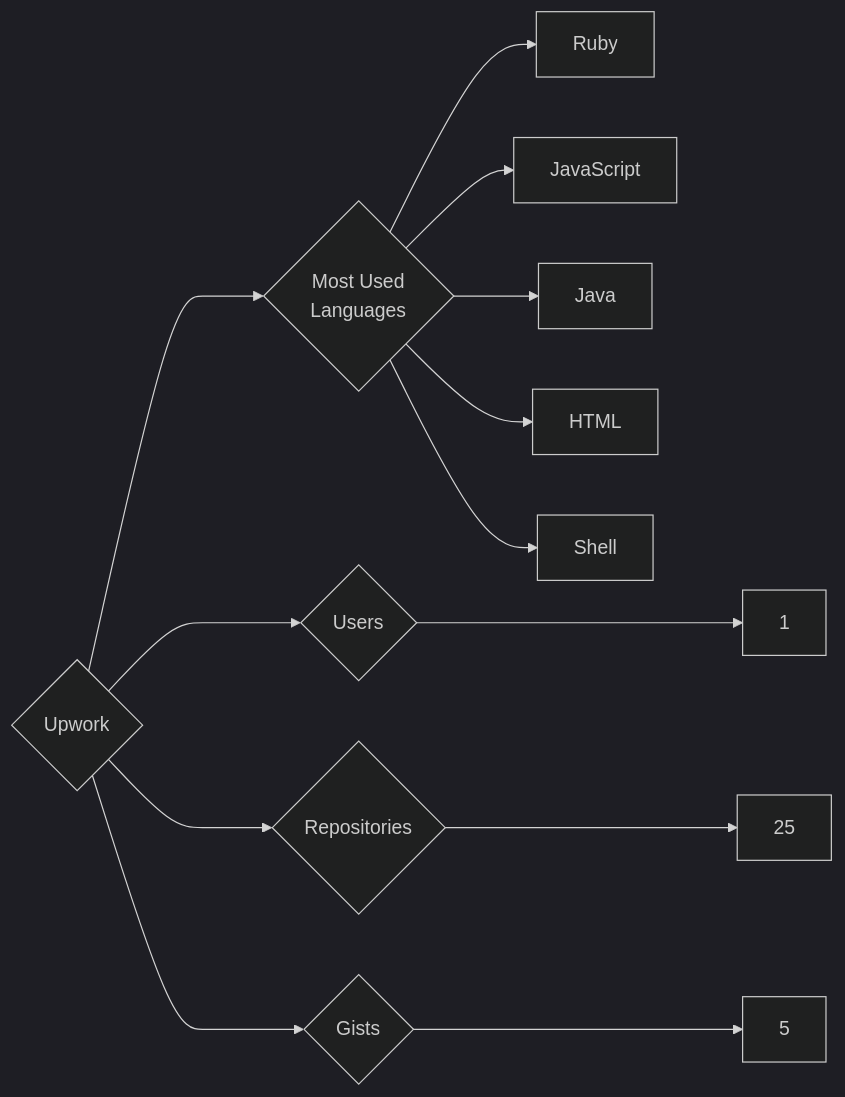
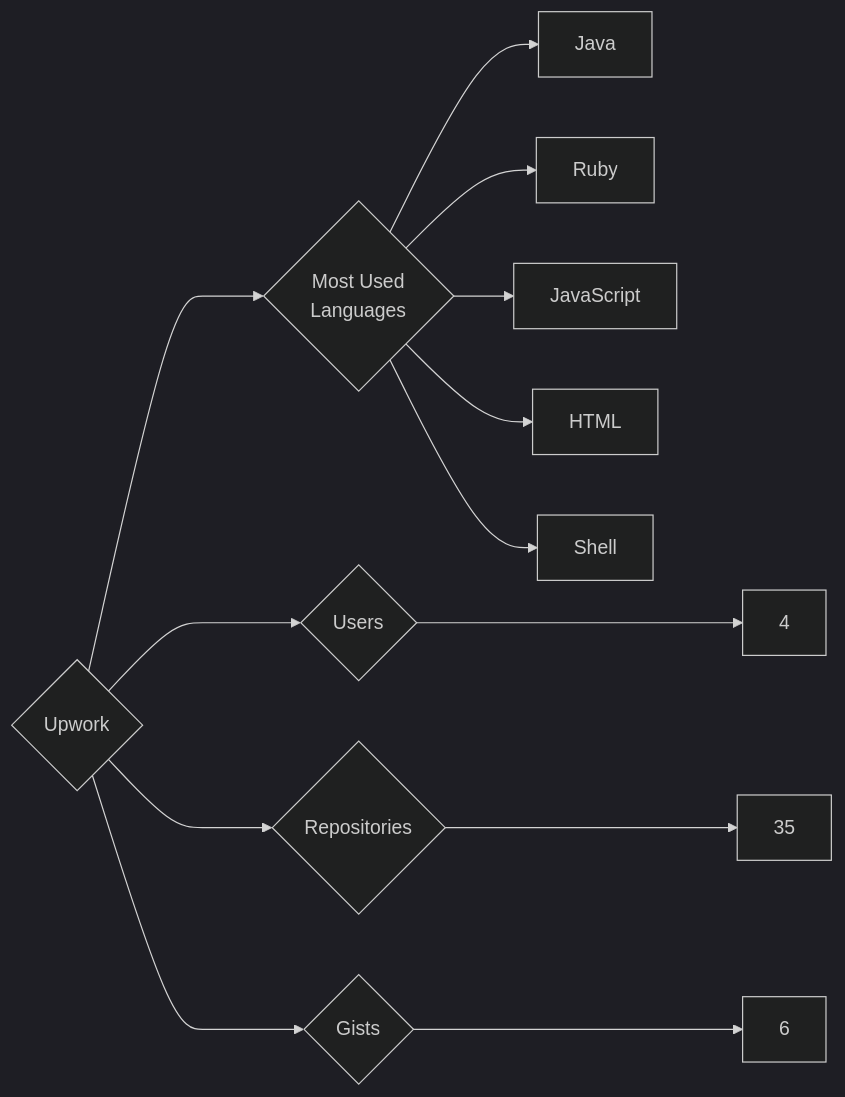
Before and after one commit to trickest/insiders: the diagram in targets/Upwork/README.md, drawn with Mermaid (dark theme). The commit also changed 870 other files, not shown here.

````diff
--- a/targets/Upwork/README.md
+++ b/targets/Upwork/README.md
@@ -3,13 +3,13 @@
 ```mermaid
 graph LR
 COMPANY_NAME{Upwork}
-COMPANY_NAME ---> U{Users} ---> UN[1]
-COMPANY_NAME ---> R{Repositories} ---> RN[25]
-COMPANY_NAME ---> G{Gists} ---> GN[5]
+COMPANY_NAME ---> U{Users} ---> UN[4]
+COMPANY_NAME ---> R{Repositories} ---> RN[35]
+COMPANY_NAME ---> G{Gists} ---> GN[6]
 COMPANY_NAME ---> ML{Most Used<br>Languages}
+ML --> Java[Java]
 ML --> Ruby[Ruby]
 ML --> JavaScript[JavaScript]
-ML --> Java[Java]
 ML --> HTML[HTML]
 ML --> Shell[Shell]
 ```
````
